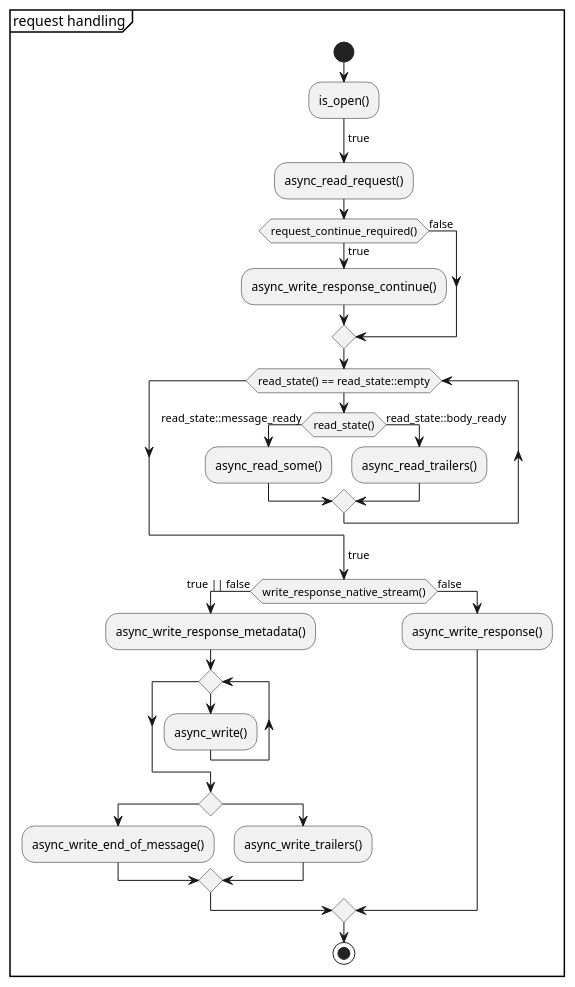
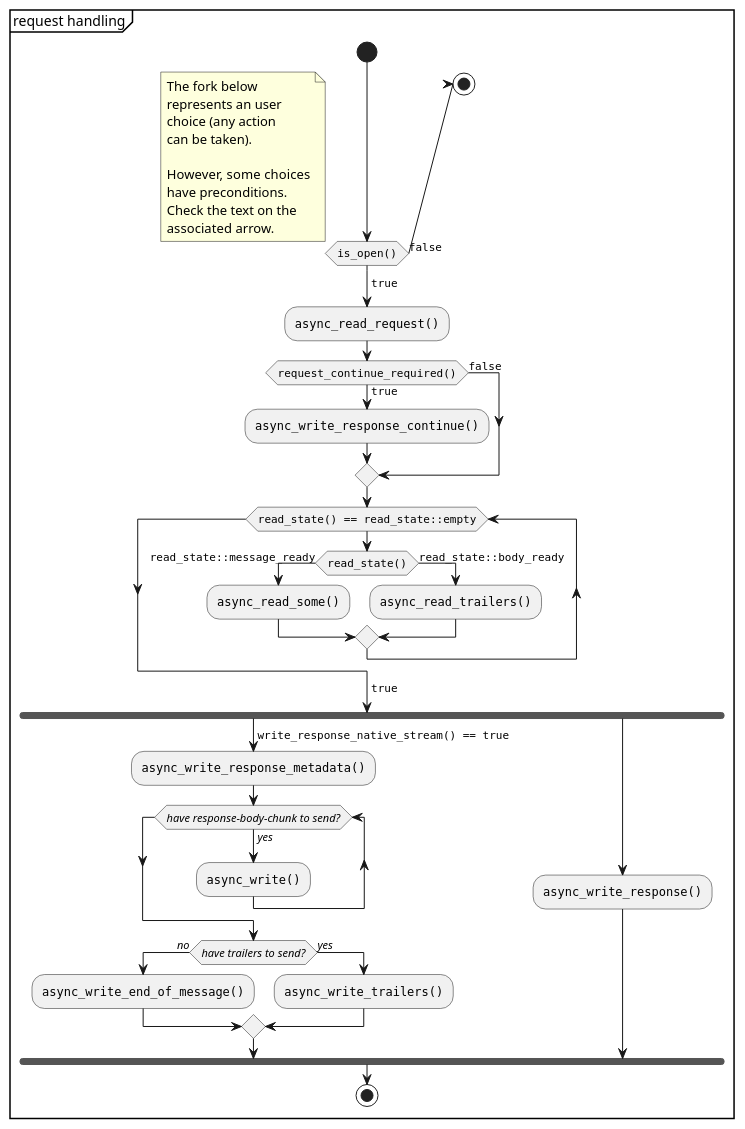
The diagram in doc/design.adoc (BoostGSoC14/boost.http), drawn with PlantUML before and after one commit.

Commit message:
Improve request_handling diagram

```diff
--- a/doc/design.adoc
+++ b/doc/design.adoc
@@ -190,37 +190,52 @@
 [plantuml,request_handling]
 ----
 @startuml
 partition "request handling" {
   start
-  :is_open();
-  -> true;
-  :async_read_request();
-  if (request_continue_required()) then (true)
-    :async_write_response_continue();
-  else (false)
+  if (""is_open()"") then (""false"")
+    stop
   endif
-  while (read_state() == read_state::empty)
-    if (read_state()) then (read_state::message_ready)
-      :async_read_some();
-    else (read_state::body_ready)
-      :async_read_trailers();
+  floating note left
+    The fork below
+    represents an user
+    choice (any action
+    can be taken).
+
+    However, some choices
+    have preconditions.
+    Check the text on the
+    associated arrow.
+  end note
+  -> ""true"";
+  :""async_read_request()"";
+  if (""request_continue_required()"") then (""true"")
+    :""async_write_response_continue()"";
+  else (""false"")
+  endif
+  while (""read_state() == read_state::empty"")
+    if (""read_state()"") then (""read_state::message_ready"")
+      :""async_read_some()"";
+    else (""read_state::body_ready"")
+      :""async_read_trailers()"";
     endif
   endwhile
-  -> true;
-  if (write_response_native_stream()) then (true || false)
-    :async_write_response_metadata();
-    while ()
-      :async_write();
+  -> ""true"";
+  fork
+    -> ""write_response_native_stream() == true"";
+    :""async_write_response_metadata()"";
+    while (//have response-body-chunk to send?//)
+      -> //yes//;
+      :""async_write()"";
     endwhile
-    if ()
-      :async_write_end_of_message();
-    else ()
-      :async_write_trailers();
+    if (//have trailers to send?//) then(//no//)
+      :""async_write_end_of_message()"";
+    else (//yes//)
+      :""async_write_trailers()"";
     endif
-  else (false)
-    :async_write_response();
-  endif
+  fork again
+    :""async_write_response()"";
+  end fork
   stop
 }
 @enduml
 ----
```
